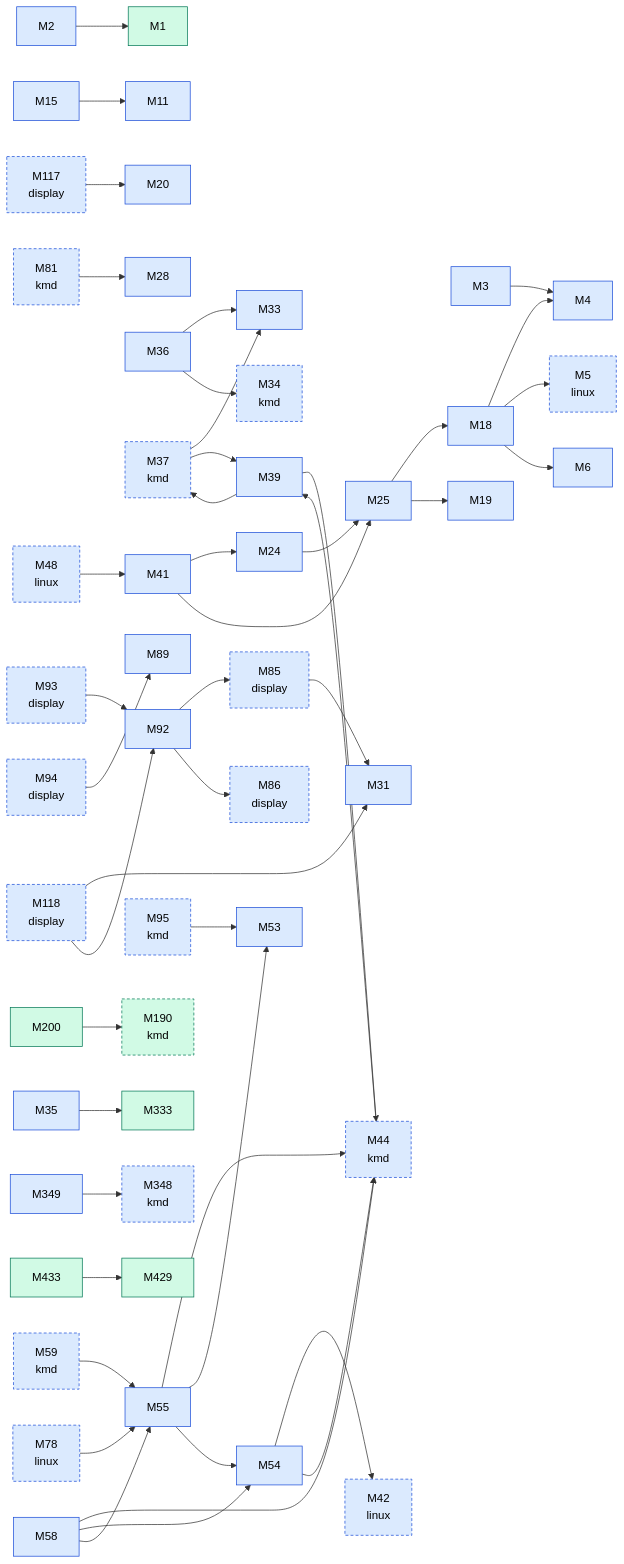
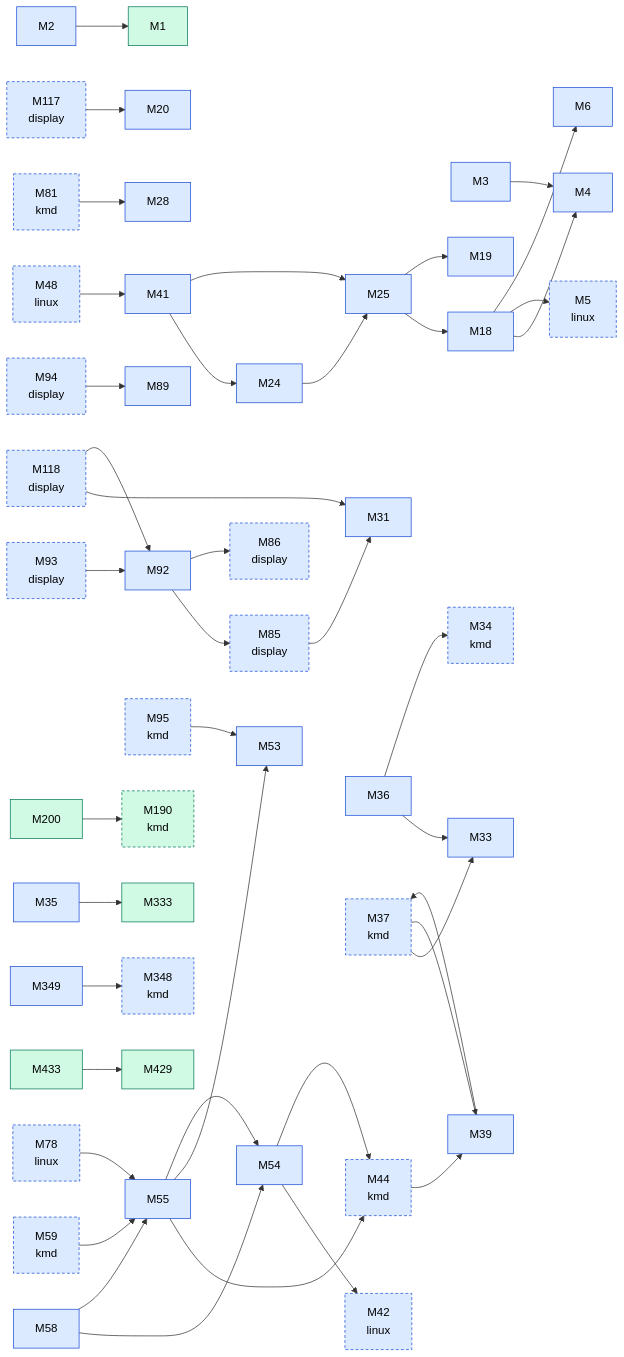
One commit to D-Ogi/amdgpu-wddm changed the second of 2 diagrams in docs/facts/graphs/hardware.md. Above: the diagram before and after it, drawn with Mermaid. The commit also changed other lines of this file and 14 other files, not shown here.

```diff
--- a/docs/facts/graphs/hardware.md
+++ b/docs/facts/graphs/hardware.md
@@ -56,8 +64,6 @@
   M4["M4"]:::MEASURED
   M5["M5<br/>linux"]:::MEASURED
   M6["M6"]:::MEASURED
-  M11["M11"]:::MEASURED
-  M15["M15"]:::MEASURED
   M18["M18"]:::MEASURED
   M19["M19"]:::MEASURED
   M20["M20"]:::MEASURED
@@ -100,7 +106,6 @@
   M433["M433"]:::CONFIRMED
   M2 --> M1
   M3 --> M4
-  M15 --> M11
   M18 --> M4
   M18 --> M5
   M18 --> M6
@@ -111,7 +116,6 @@
   M36 --> M33
   M36 --> M34
   M39 --> M37
-  M39 --> M44
   M41 --> M24
   M41 --> M25
   M54 --> M42
@@ -119,7 +123,6 @@
   M55 --> M44
   M55 --> M53
   M55 --> M54
-  M58 --> M44
   M58 --> M54
   M58 --> M55
   M92 --> M85
```
